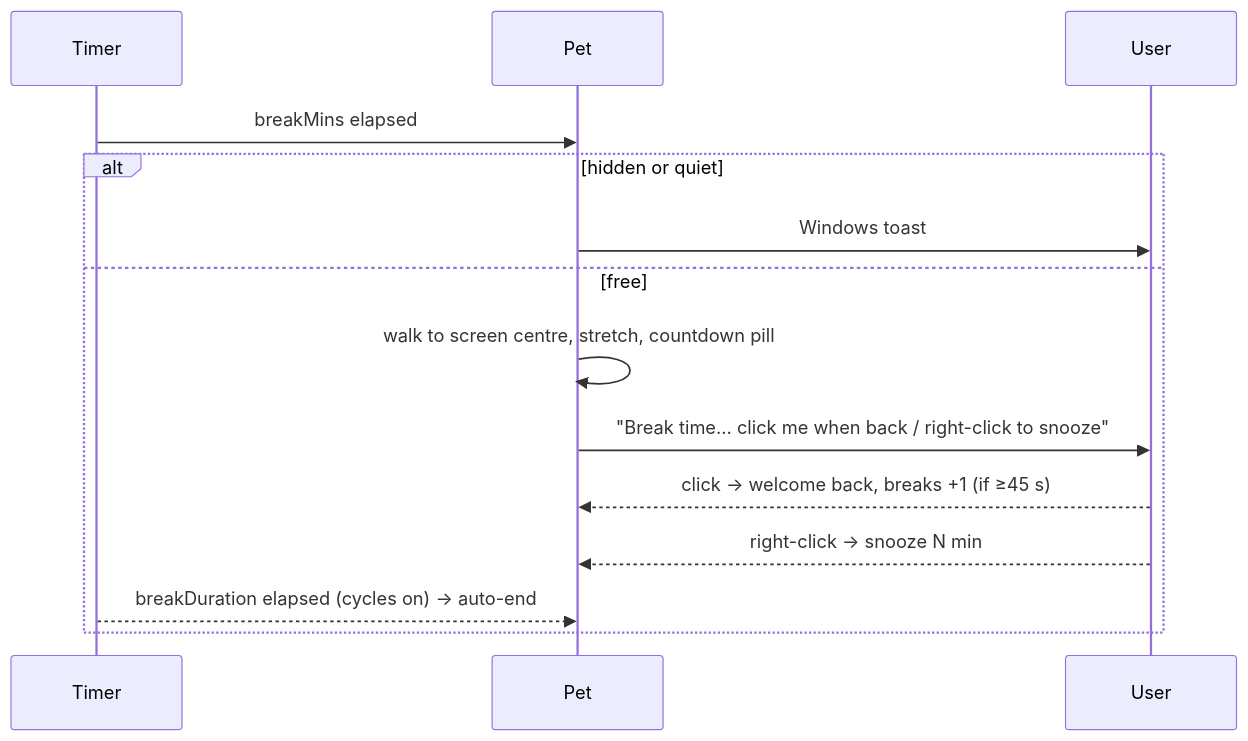
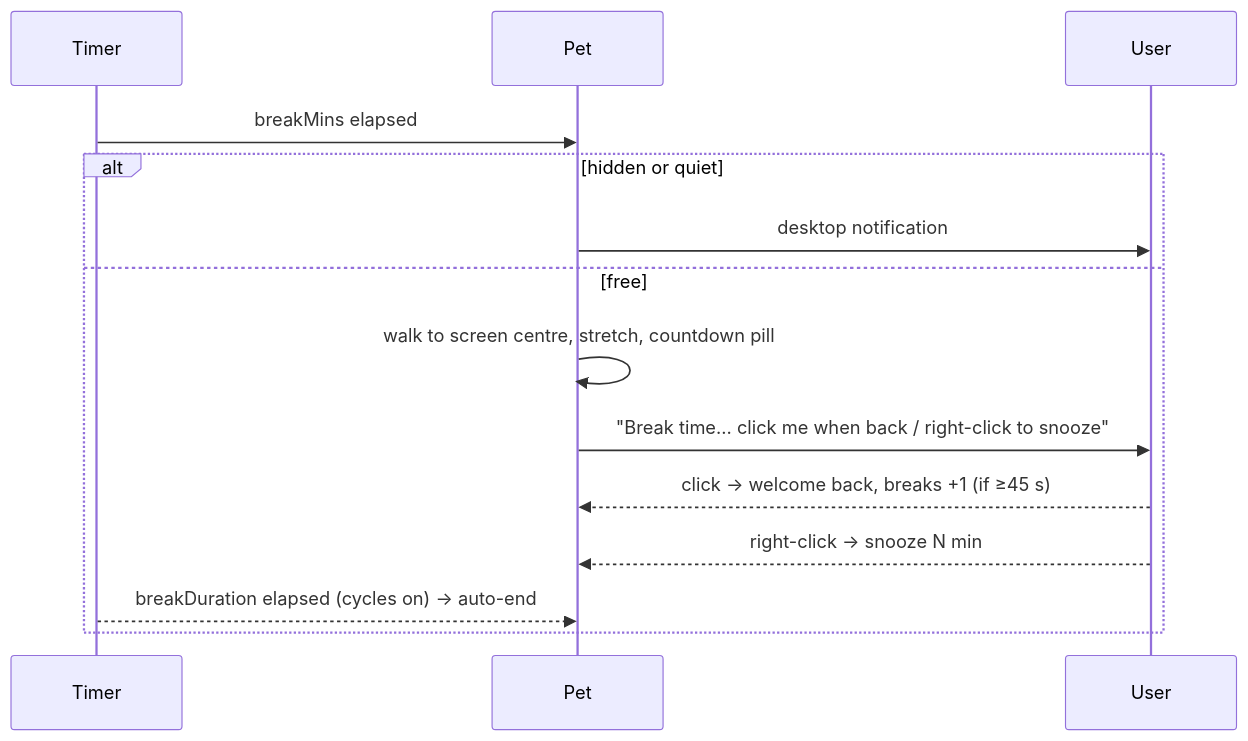
The fourth of 6 diagrams in docs/04_Agents/Agent_Workflows.md (vigneshcj001/Pocketpet), drawn with Mermaid before and after one commit. The commit also changed other lines of this file and 39 other files, not shown here.

````diff
--- a/docs/04_Agents/Agent_Workflows.md
+++ b/docs/04_Agents/Agent_Workflows.md
@@ -78,16 +78,16 @@
 ```mermaid
 sequenceDiagram
   participant T as Timer
   participant P as Pet
   participant U as User
   T->>P: breakMins elapsed
   alt hidden or quiet
-    P->>U: Windows toast
+    P->>U: desktop notification
   else free
     P->>P: walk to screen centre, stretch, countdown pill
     P->>U: "Break time… click me when back / right-click to snooze"
     U-->>P: click → welcome back, breaks +1 (if ≥45 s)
     U-->>P: right-click → snooze N min
     T-->>P: breakDuration elapsed (cycles on) → auto-end
   end
 ```
````
